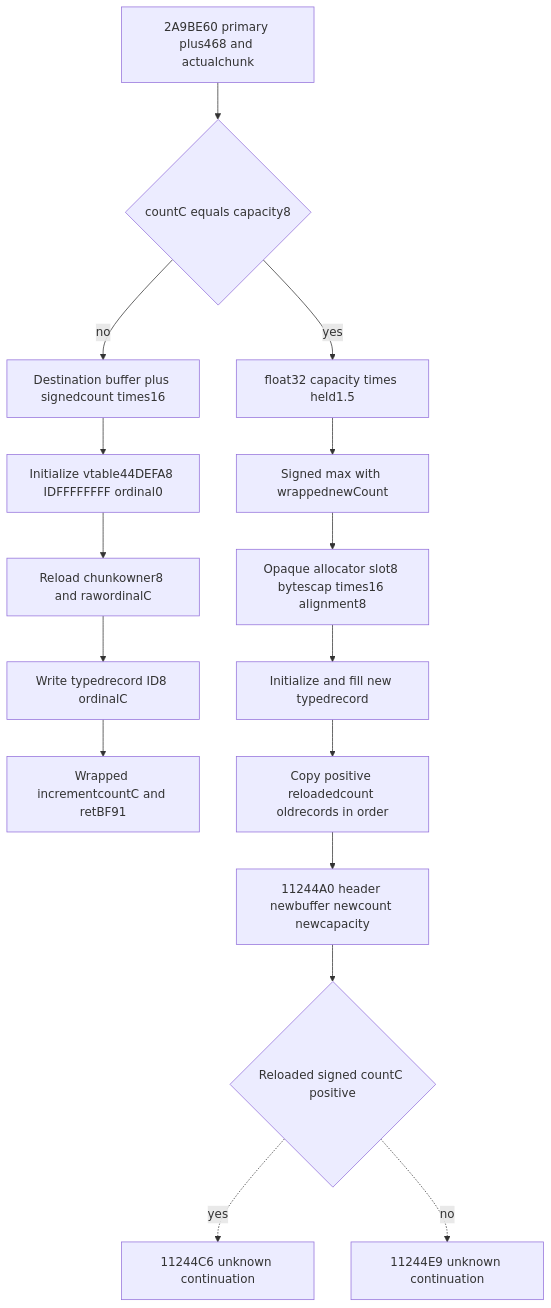
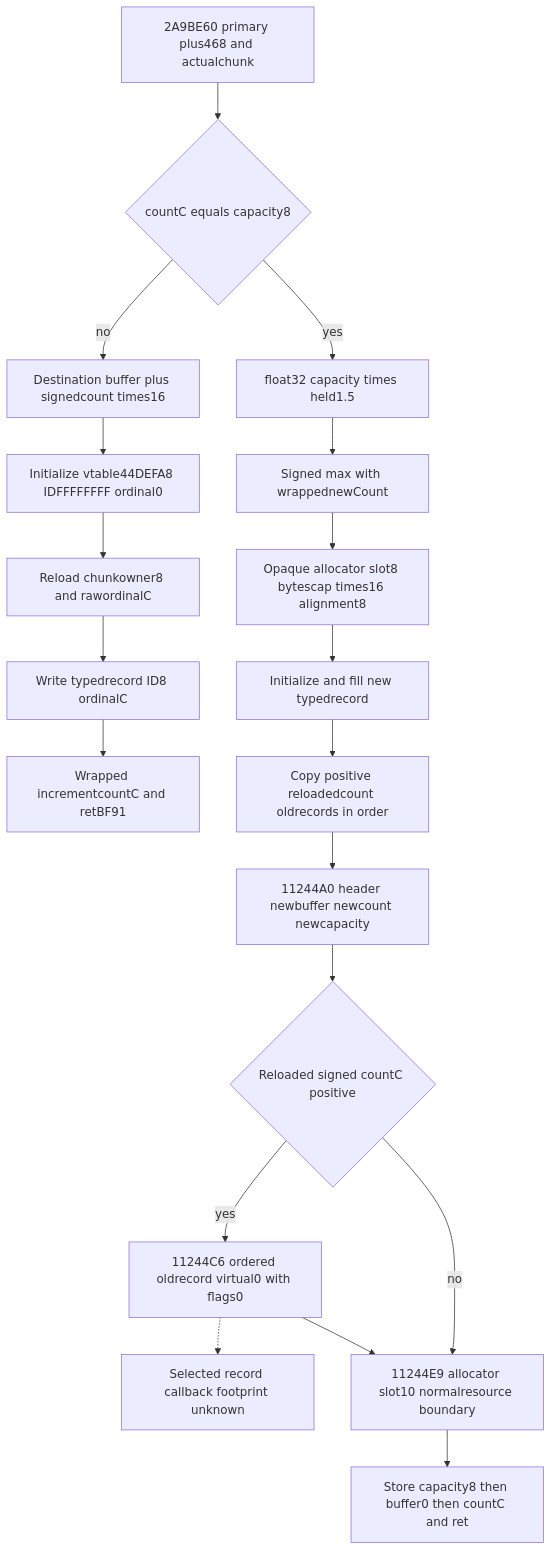
Before and after one commit to XenoAmess/ck3_eternal_recurrence: the fifth of 5 diagrams in docs/ck3-native-ai/army-detachment-date-pending-inputs-12003.md, drawn with Mermaid. The commit also changed other lines of this file, not shown here.

Commit message:
Close pending storage header writes and identify record callback

````diff
--- a/docs/ck3-native-ai/army-detachment-date-pending-inputs-12003.md
+++ b/docs/ck3-native-ai/army-detachment-date-pending-inputs-12003.md
@@ -267,18 +267,21 @@
 ```mermaid
 flowchart TD
     P[2A9BE60 primary plus468 and actualchunk] --> C{countC equals capacity8}
     C -->|no| D[Destination buffer plus signedcount times16]
     D --> I[Initialize vtable44DEFA8 IDFFFFFFFF ordinal0]
     I --> R[Reload chunkowner8 and rawordinalC]
     R --> W[Write typedrecord ID8 ordinalC]
     W --> N[Wrapped incrementcountC and retBF91]
     C -->|yes| F[float32 capacity times held1.5]
     F --> M[Signed max with wrappednewCount]
     M --> A[Opaque allocator slot8 bytescap times16 alignment8]
     A --> S[Initialize and fill new typedrecord]
     S --> CP[Copy positive reloadedcount oldrecords in order]
     CP --> T[11244A0 header newbuffer newcount newcapacity]
     T --> SC{Reloaded signed countC positive}
-    SC -.->|yes| UC[11244C6 unknown continuation]
-    SC -.->|no| UE[11244E9 unknown continuation]
+    SC -->|yes| UC[11244C6 ordered oldrecord virtual0 with flags0]
+    UC -.-> CB[Selected record callback footprint unknown]
+    UC --> UE[11244E9 allocator slot10 normalresource boundary]
+    SC -->|no| UE
+    UE --> HC[Store capacity8 then buffer0 then countC and ret]
 ```
````
